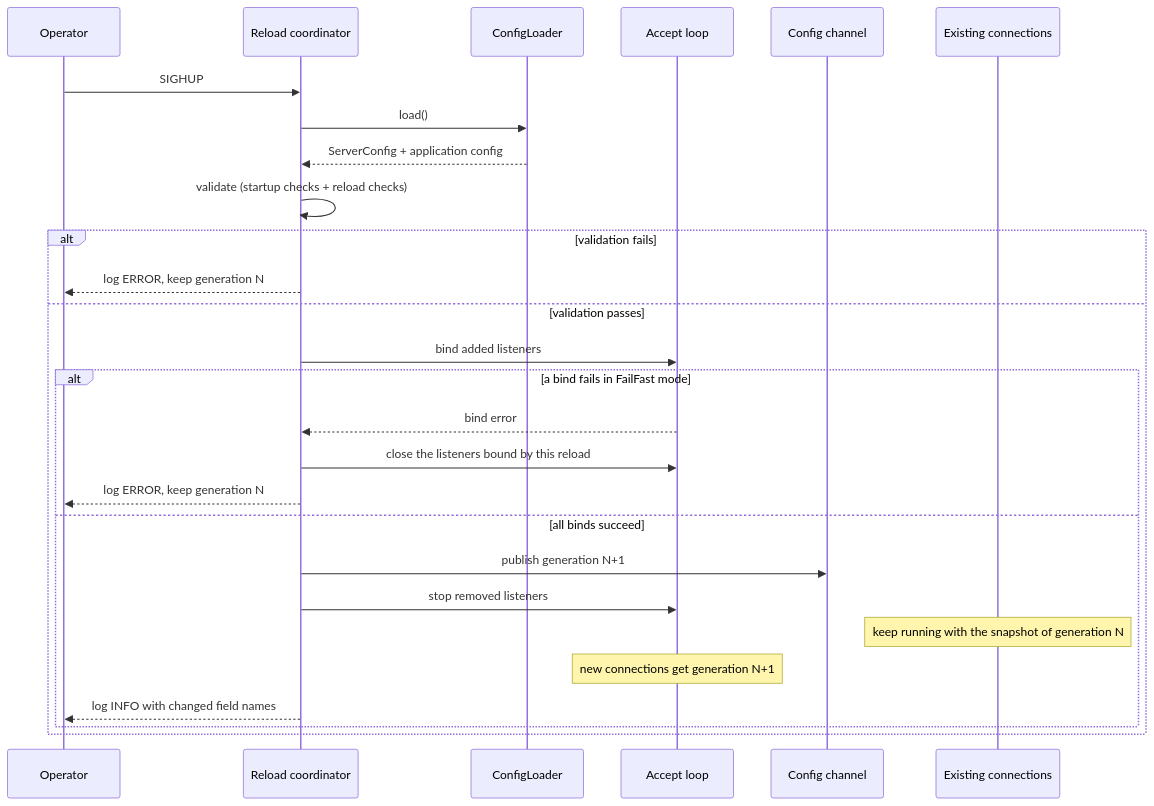
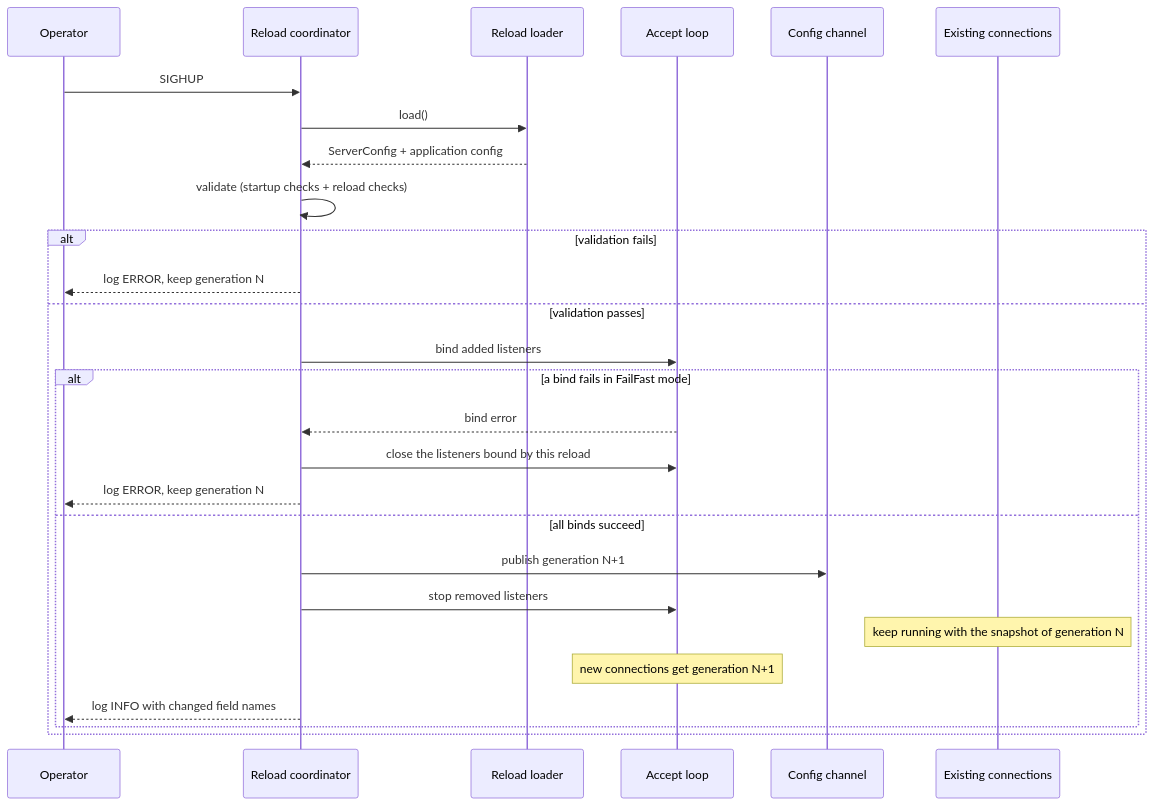
Before and after one commit to photom/rust-milter: the second of 3 diagrams in docs/reference/hot-reload.md, drawn with Mermaid. The commit also changed other lines of this file and 41 other files, not shown here.

````diff
--- a/docs/reference/hot-reload.md
+++ b/docs/reference/hot-reload.md
@@ -73,30 +72,30 @@
 ```mermaid
 sequenceDiagram
     participant Op as Operator
     participant Coord as Reload coordinator
-    participant Loader as ConfigLoader
+    participant Loader as Reload loader
     participant Acc as Accept loop
     participant Ch as Config channel
     participant Conn as Existing connections
 
     Op->>Coord: SIGHUP
     Coord->>Loader: load()
     Loader-->>Coord: ServerConfig + application config
     Coord->>Coord: validate (startup checks + reload checks)
     alt validation fails
         Coord-->>Op: log ERROR, keep generation N
     else validation passes
         Coord->>Acc: bind added listeners
         alt a bind fails in FailFast mode
             Acc-->>Coord: bind error
             Coord->>Acc: close the listeners bound by this reload
             Coord-->>Op: log ERROR, keep generation N
         else all binds succeed
             Coord->>Ch: publish generation N+1
             Coord->>Acc: stop removed listeners
             Note over Conn: keep running with the snapshot of generation N
             Note over Acc: new connections get generation N+1
             Coord-->>Op: log INFO with changed field names
         end
     end
 ```
````
